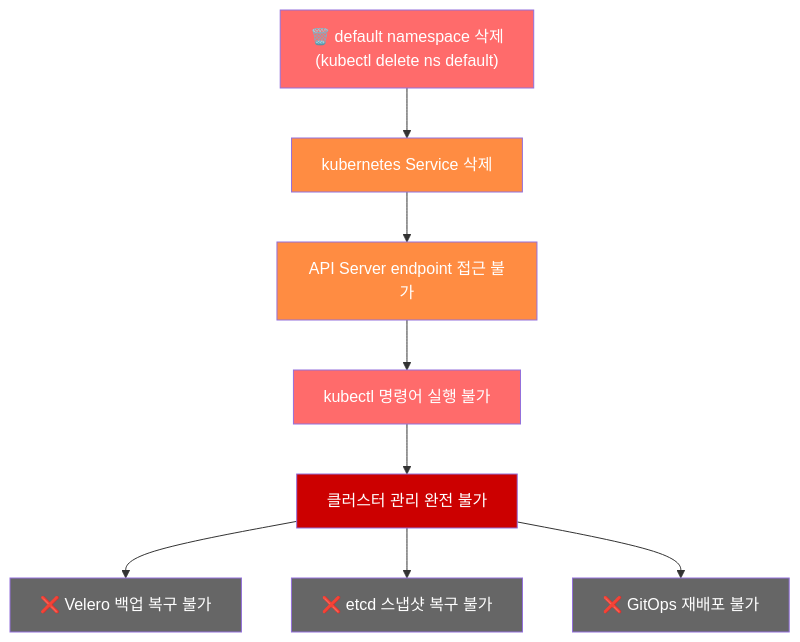
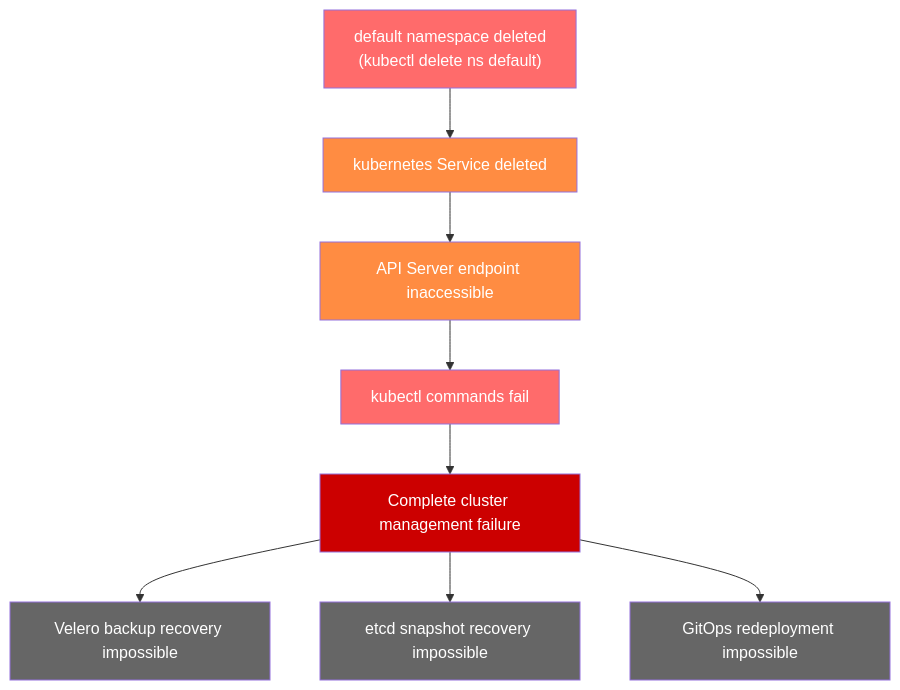
One commit to devfloor9/engineering-playbook changed the first of 2 diagrams in docs/eks-best-practices/security-authn/default-namespace-incident.md. Above: the diagram before and after it, drawn with Mermaid. The commit also changed other lines of this file and 954 other files, not shown here.

````diff
--- a/docs/eks-best-practices/security-authn/default-namespace-incident.md
+++ b/docs/eks-best-practices/security-authn/default-namespace-incident.md
@@ -52,20 +52,20 @@
 ```mermaid
 flowchart TD
-    A["🗑️ default namespace 삭제<br/>(kubectl delete ns default)"] --> B["kubernetes Service 삭제"]
-    B --> C["API Server endpoint 접근 불가"]
-    C --> D["kubectl 명령어 실행 불가"]
-    D --> E["클러스터 관리 완전 불가"]
+    A["default namespace deleted<br/>(kubectl delete ns default)"] --> B["kubernetes Service deleted"]
+    B --> C["API Server endpoint inaccessible"]
+    C --> D["kubectl commands fail"]
+    D --> E["Complete cluster management failure"]
 
-    E --> F["❌ Velero 백업 복구 불가"]
-    E --> G["❌ etcd 스냅샷 복구 불가"]
-    E --> H["❌ GitOps 재배포 불가"]
+    E --> F["Velero backup recovery impossible"]
+    E --> G["etcd snapshot recovery impossible"]
+    E --> H["GitOps redeployment impossible"]
 
     style A fill:#ff6b6b,color:#fff
     style B fill:#ff8c42,color:#fff
     style C fill:#ff8c42,color:#fff
     style D fill:#ff6b6b,color:#fff
     style E fill:#cc0000,color:#fff
     style F fill:#666,color:#fff
     style G fill:#666,color:#fff
     style H fill:#666,color:#fff
 ```
````
